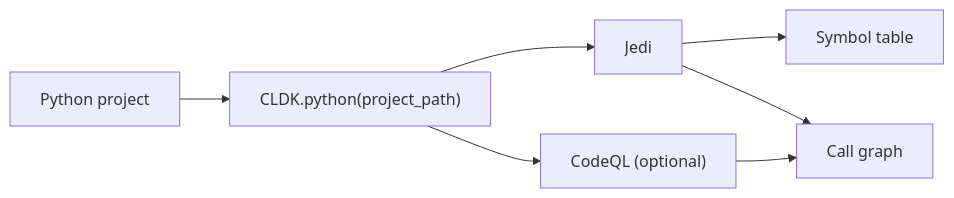
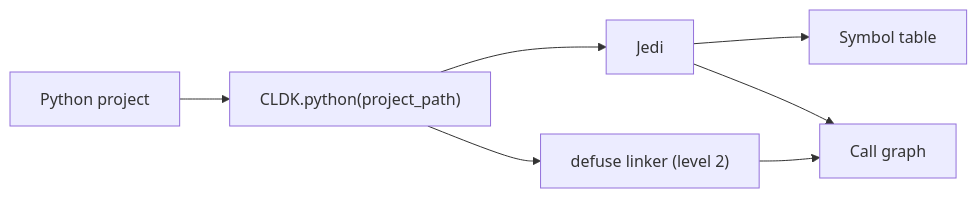
One commit to codellm-devkit/docs changed the diagram in src/content/docs/reference/python-api/python.md. Above: the diagram before and after it, drawn with Mermaid. The commit also changed other lines of this file and 4 other files, not shown here.

````diff
--- a/src/content/docs/reference/python-api/python.md
+++ b/src/content/docs/reference/python-api/python.md
@@ -22,9 +19,9 @@
 ```mermaid
 flowchart LR
     P[Python project] --> A["CLDK.python(project_path)"]
     A --> J[Jedi]
-    A --> Q["CodeQL (optional)"]
+    A --> Q["defuse linker (level 2)"]
     J --> S[Symbol table]
     J --> CG[Call graph]
     Q --> CG
 ```
````
